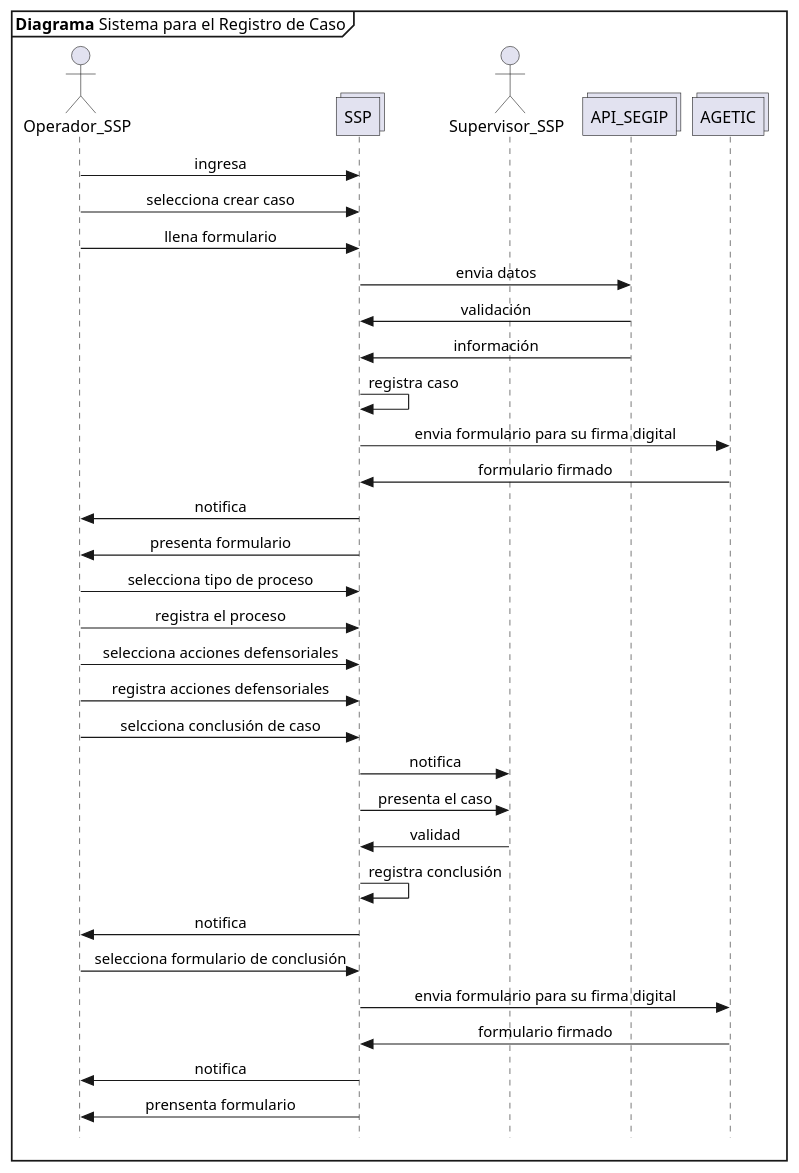
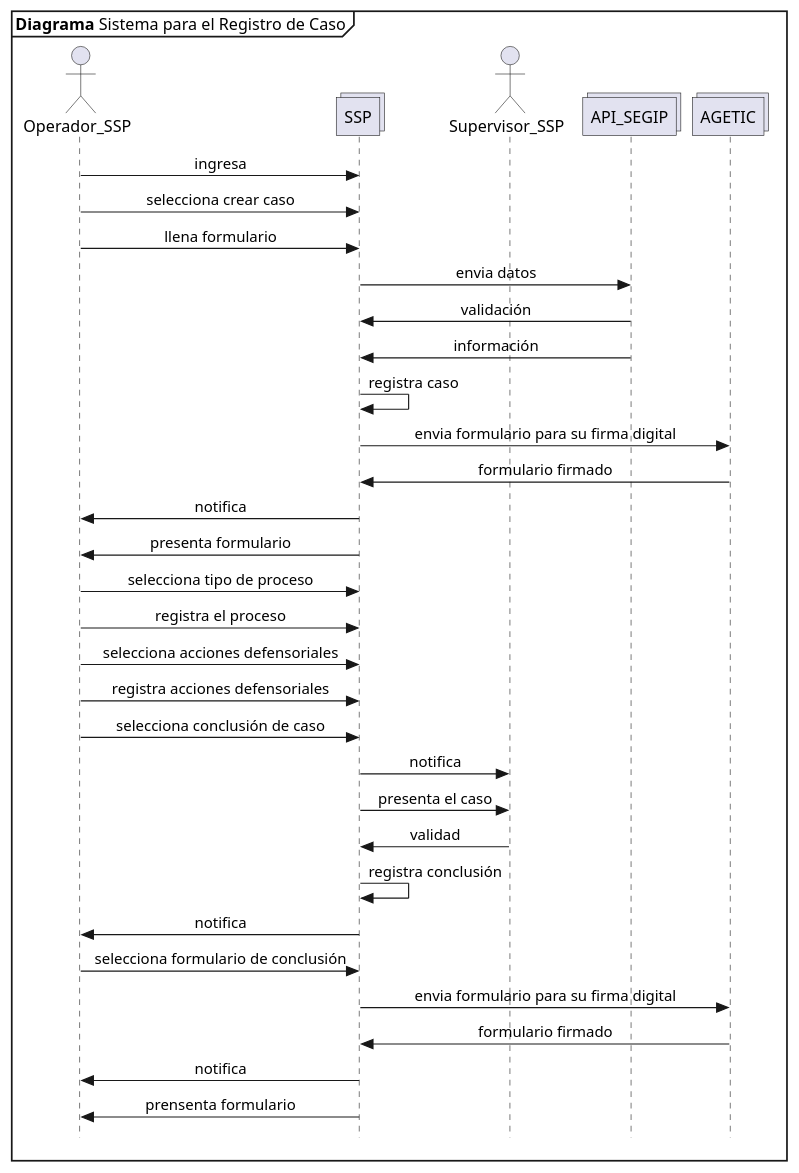
The diagram in propuesta SSP/06 registro de casos.plantuml (n1m0d0/defdiag), drawn with PlantUML before and after one commit. The commit also changed 7 other files, not shown here.

```diff
--- a/propuesta SSP/06 registro de casos.plantuml
+++ b/propuesta SSP/06 registro de casos.plantuml
@@ -1,40 +1,40 @@
 @startuml Diagrama_Sistema
 skinparam Style strictuml
 skinparam SequenceMessageAlignment center
 
 mainframe **Diagrama** Sistema para el Registro de Caso
 
 actor Operador_SSP as opssp
 collections SSP
 actor Supervisor_SSP as supssp
 collections API_SEGIP as segip
 collections AGETIC as agetic
 
 opssp->SSP: ingresa
 opssp->SSP: selecciona crear caso
 opssp->SSP: llena formulario
 SSP->segip: envia datos
 segip->SSP: validación
 segip->SSP: información
 SSP->SSP: registra caso
 SSP->agetic: envia formulario para su firma digital
 agetic->SSP: formulario firmado 
 SSP->opssp: notifica
 SSP->opssp: presenta formulario
 opssp->SSP: selecciona tipo de proceso
 opssp->SSP: registra el proceso
 opssp->SSP: selecciona acciones defensoriales
 opssp->SSP: registra acciones defensoriales
-opssp->SSP: selcciona conclusión de caso
+opssp->SSP: selecciona conclusión de caso
 SSP->supssp: notifica
 SSP->supssp: presenta el caso
 supssp->SSP: validad
 SSP->SSP: registra conclusión
 SSP->opssp: notifica
 opssp->SSP: selecciona formulario de conclusión
 SSP->agetic: envia formulario para su firma digital
 agetic->SSP: formulario firmado
 SSP->opssp: notifica
 SSP->opssp: prensenta formulario
 
 @enduml
```
